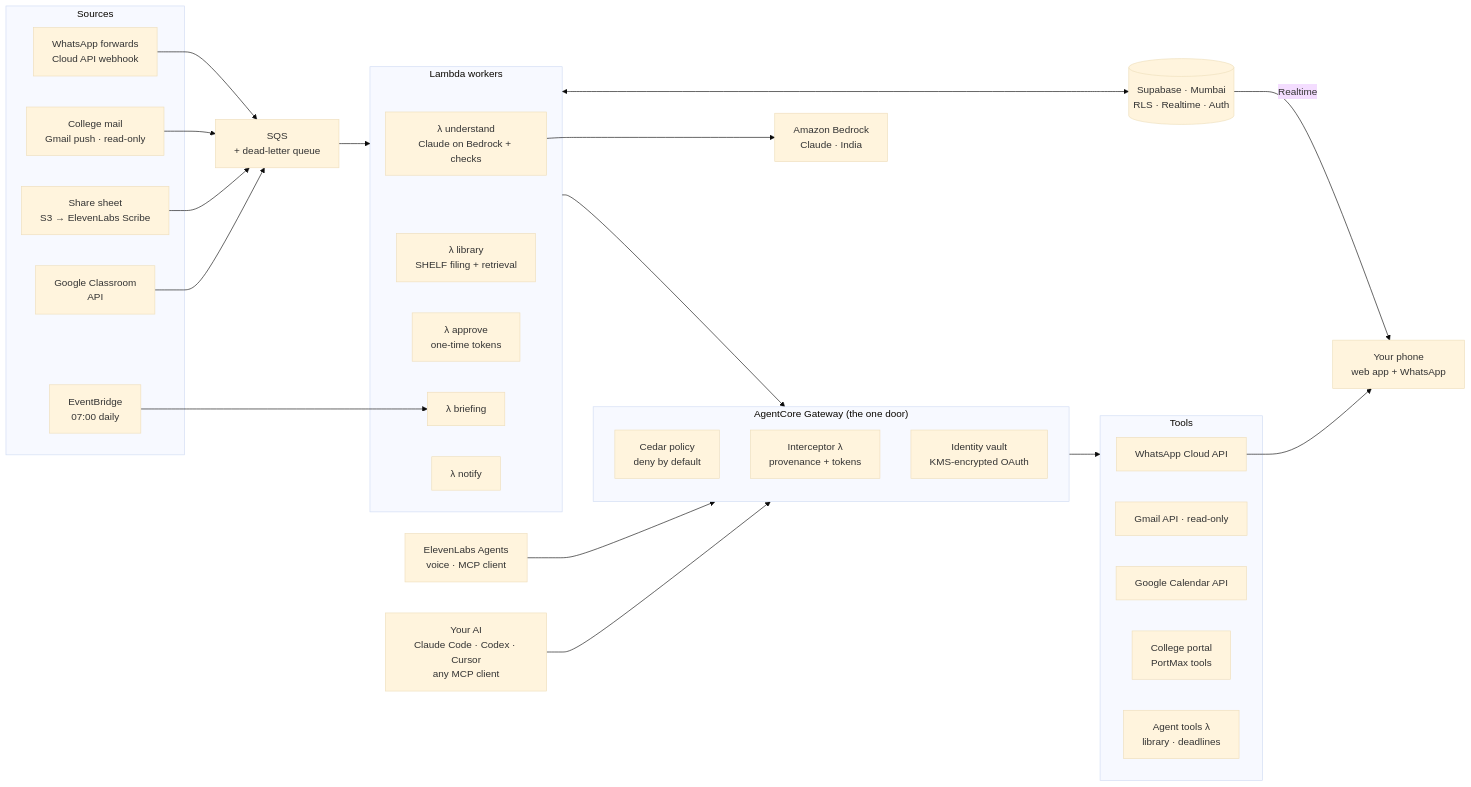
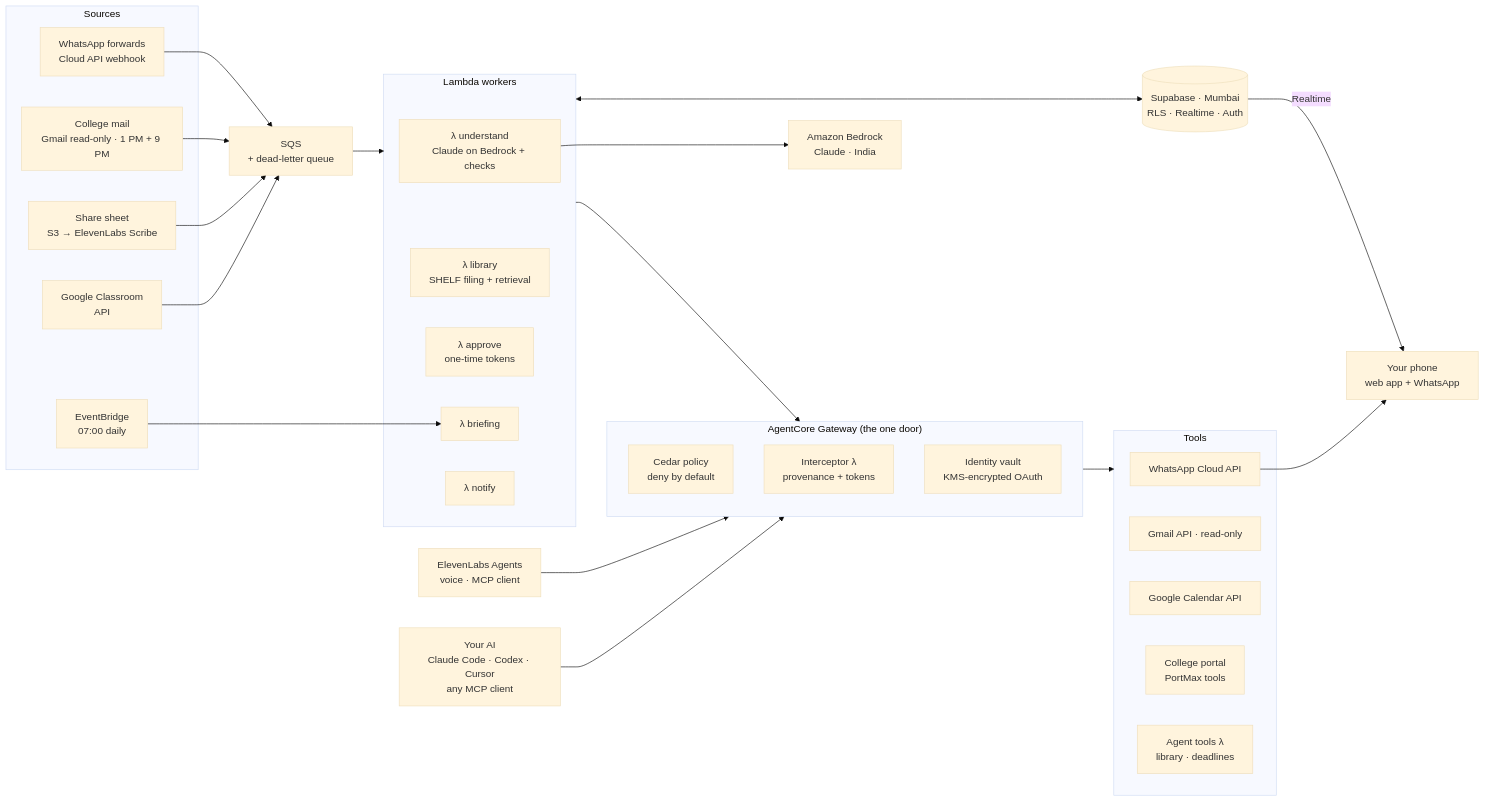
Before and after one commit to jnanottamgy/7even5ive: the diagram in docs/architecture.md, drawn with Mermaid (base theme). The commit also changed other lines of this file and 52 other files, not shown here.

````diff
--- a/docs/architecture.md
+++ b/docs/architecture.md
@@ -8,55 +8,55 @@
 ```mermaid
 flowchart LR
   subgraph In["Sources"]
     WA["WhatsApp forwards<br/>Cloud API webhook"]
-    GM["College mail<br/>Gmail push · read-only"]
+    GM["College mail<br/>Gmail read-only · 1 PM + 9 PM"]
     SS["Share sheet<br/>S3 → ElevenLabs Scribe"]
     GC["Google Classroom<br/>API"]
     EB["EventBridge<br/>07:00 daily"]
   end
 
   Q["SQS<br/>+ dead-letter queue"]
 
   subgraph W["Lambda workers"]
     U["λ understand<br/>Claude on Bedrock + checks"]
     L["λ library<br/>SHELF filing + retrieval"]
     A["λ approve<br/>one-time tokens"]
     B["λ briefing"]
     N["λ notify"]
   end
   EL["ElevenLabs Agents<br/>voice · MCP client"]
   YA["Your AI<br/>Claude Code · Codex · Cursor<br/>any MCP client"]
 
   subgraph GW["AgentCore Gateway (the one door)"]
     CP["Cedar policy<br/>deny by default"]
     IC["Interceptor λ<br/>provenance + tokens"]
     ID["Identity vault<br/>KMS-encrypted OAuth"]
   end
 
   subgraph T["Tools"]
     WT["WhatsApp Cloud API"]
     GT["Gmail API · read-only"]
     CT["Google Calendar API"]
     PT["College portal<br/>PortMax tools"]
     AT["Agent tools λ<br/>library · deadlines"]
   end
 
   SB[("Supabase · Mumbai<br/>RLS · Realtime · Auth")]
   BR["Amazon Bedrock<br/>Claude · India"]
   PH["Your phone<br/>web app + WhatsApp"]
 
   WA --> Q
   GM --> Q
   SS --> Q
   GC --> Q
   Q --> W
   EB --> B
   W --> GW
   EL --> GW
   YA --> GW
   GW --> T
   W <--> SB
   U --> BR
   SB -->|Realtime| PH
   WT --> PH
 ```
````
